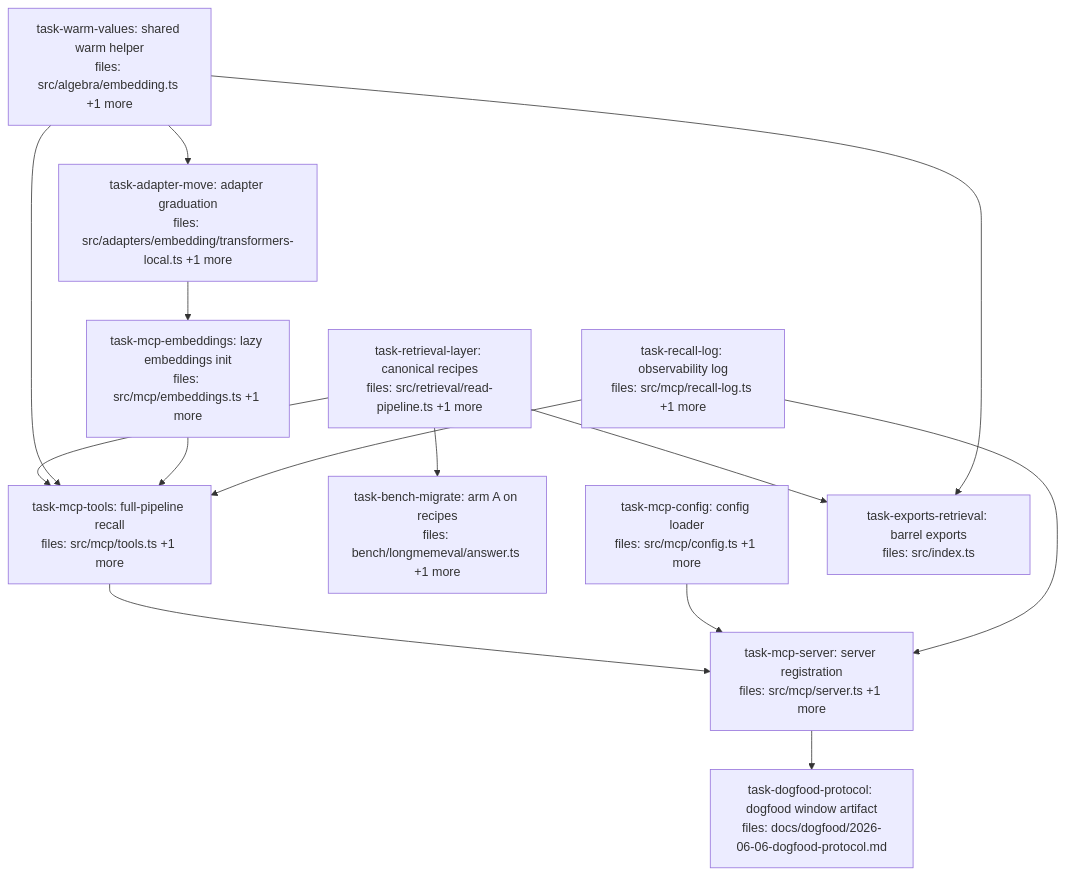
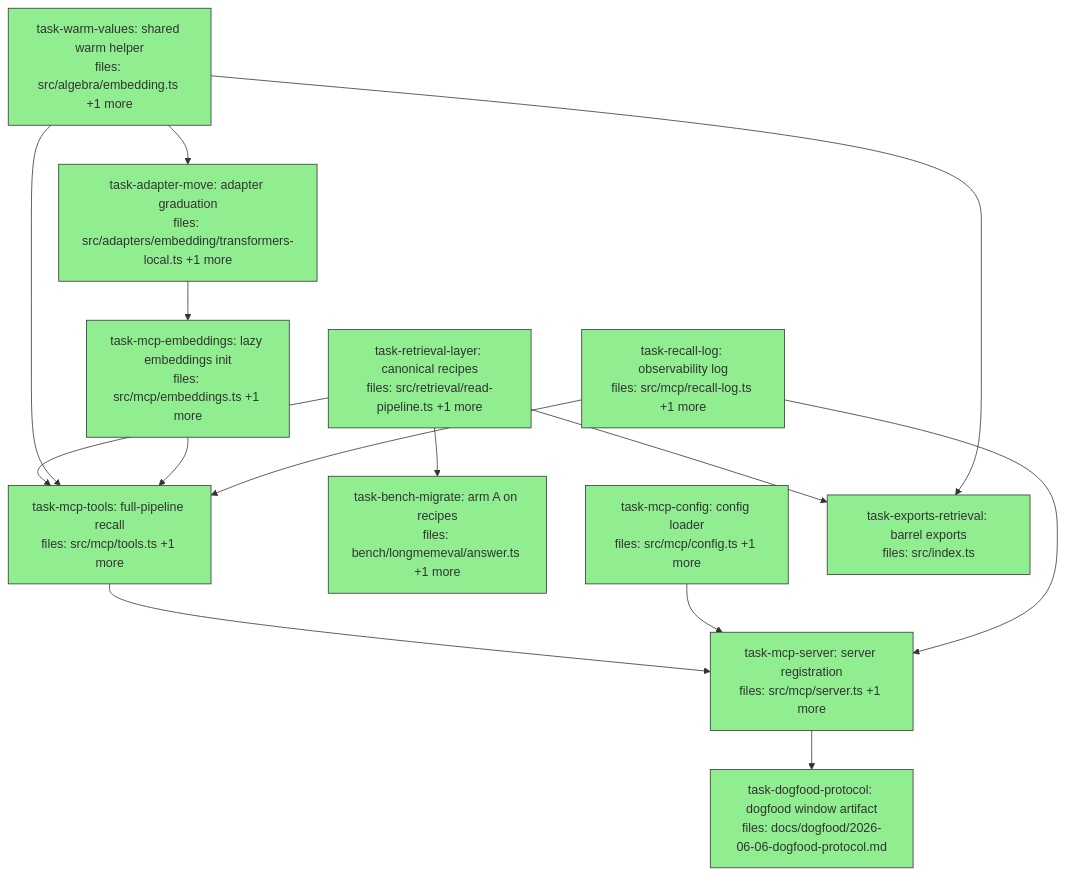
Before and after one commit to BrettNye/Mneme: the diagram in docs/superpowers/plans/2026-06-06-mcp-dogfood-dag.md, drawn with Mermaid. The commit also changed other lines of this file, not shown here.

Commit message:
docs(plan): mcp-dogfood DAG complete (11/11)

````diff
--- a/docs/superpowers/plans/2026-06-06-mcp-dogfood-dag.md
+++ b/docs/superpowers/plans/2026-06-06-mcp-dogfood-dag.md
@@ -6,34 +6,34 @@
 ```mermaid
 flowchart TD
-    task-retrieval-layer["task-retrieval-layer: canonical recipes<br/>files: src/retrieval/read-pipeline.ts +1 more"]
-    task-warm-values["task-warm-values: shared warm helper<br/>files: src/algebra/embedding.ts +1 more"]
-    task-mcp-config["task-mcp-config: config loader<br/>files: src/mcp/config.ts +1 more"]
-    task-recall-log["task-recall-log: observability log<br/>files: src/mcp/recall-log.ts +1 more"]
-    task-adapter-move["task-adapter-move: adapter graduation<br/>files: src/adapters/embedding/transformers-local.ts +1 more"]
-    task-mcp-embeddings["task-mcp-embeddings: lazy embeddings init<br/>files: src/mcp/embeddings.ts +1 more"]
-    task-bench-migrate["task-bench-migrate: arm A on recipes<br/>files: bench/longmemeval/answer.ts +1 more"]
-    task-mcp-tools["task-mcp-tools: full-pipeline recall<br/>files: src/mcp/tools.ts +1 more"]
-    task-exports-retrieval["task-exports-retrieval: barrel exports<br/>files: src/index.ts"]
-    task-mcp-server["task-mcp-server: server registration<br/>files: src/mcp/server.ts +1 more"]
+    task-retrieval-layer["task-retrieval-layer: canonical recipes<br/>files: src/retrieval/read-pipeline.ts +1 more"]:::done
+    task-warm-values["task-warm-values: shared warm helper<br/>files: src/algebra/embedding.ts +1 more"]:::done
+    task-mcp-config["task-mcp-config: config loader<br/>files: src/mcp/config.ts +1 more"]:::done
+    task-recall-log["task-recall-log: observability log<br/>files: src/mcp/recall-log.ts +1 more"]:::done
+    task-adapter-move["task-adapter-move: adapter graduation<br/>files: src/adapters/embedding/transformers-local.ts +1 more"]:::done
+    task-mcp-embeddings["task-mcp-embeddings: lazy embeddings init<br/>files: src/mcp/embeddings.ts +1 more"]:::done
+    task-bench-migrate["task-bench-migrate: arm A on recipes<br/>files: bench/longmemeval/answer.ts +1 more"]:::done
+    task-mcp-tools["task-mcp-tools: full-pipeline recall<br/>files: src/mcp/tools.ts +1 more"]:::done
+    task-exports-retrieval["task-exports-retrieval: barrel exports<br/>files: src/index.ts"]:::done
+    task-mcp-server["task-mcp-server: server registration<br/>files: src/mcp/server.ts +1 more"]:::done
 
     task-warm-values --> task-adapter-move
     task-adapter-move --> task-mcp-embeddings
     task-retrieval-layer --> task-bench-migrate
     task-retrieval-layer --> task-mcp-tools
     task-warm-values --> task-mcp-tools
     task-mcp-embeddings --> task-mcp-tools
     task-recall-log --> task-mcp-tools
     task-retrieval-layer --> task-exports-retrieval
     task-warm-values --> task-exports-retrieval
     task-mcp-tools --> task-mcp-server
     task-mcp-config --> task-mcp-server
     task-recall-log --> task-mcp-server
     task-mcp-server --> task-dogfood-protocol
-    task-dogfood-protocol["task-dogfood-protocol: dogfood window artifact<br/>files: docs/dogfood/2026-06-06-dogfood-protocol.md"]
+    task-dogfood-protocol["task-dogfood-protocol: dogfood window artifact<br/>files: docs/dogfood/2026-06-06-dogfood-protocol.md"]:::done
 
     classDef done fill:#90ee90,stroke:#333
     classDef ready fill:#fffacd,stroke:#333
     classDef running fill:#87ceeb,stroke:#333
     classDef failed fill:#ffb6c1,stroke:#333
     classDef skipped fill:#d3d3d3,stroke:#333,stroke-dasharray: 5 5
 ```
````
